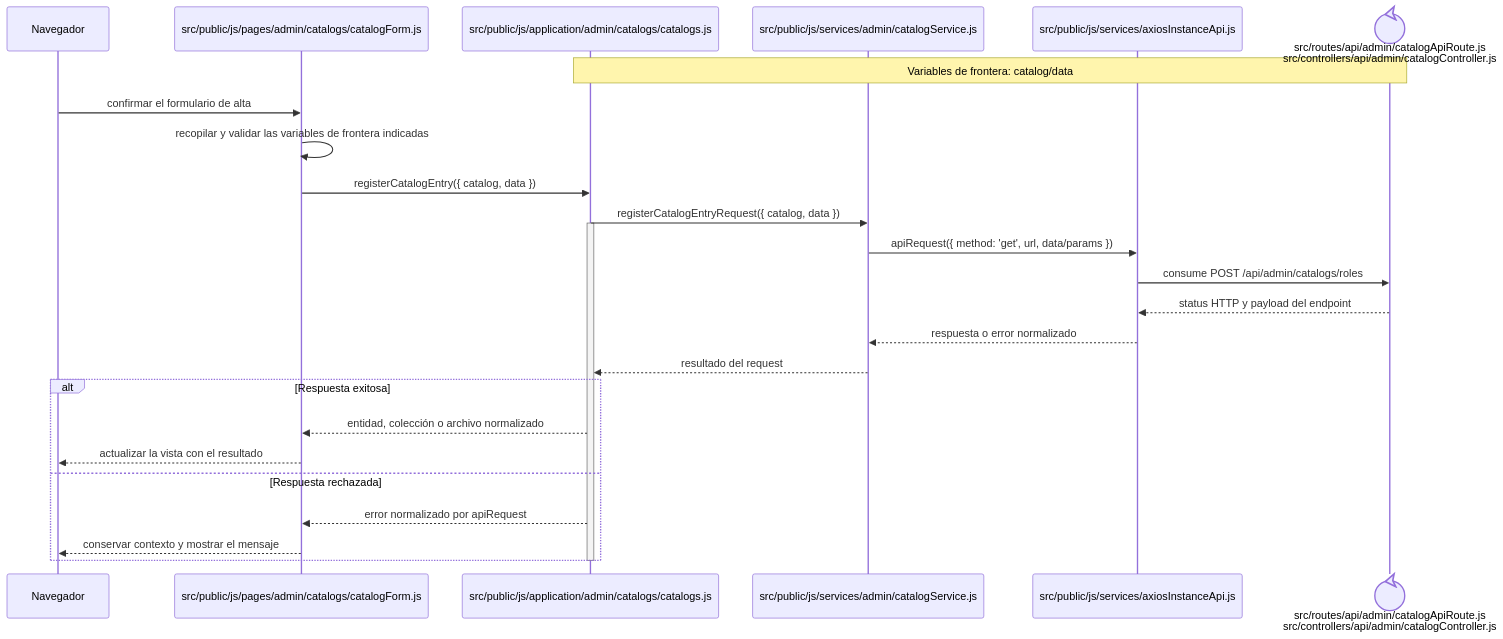
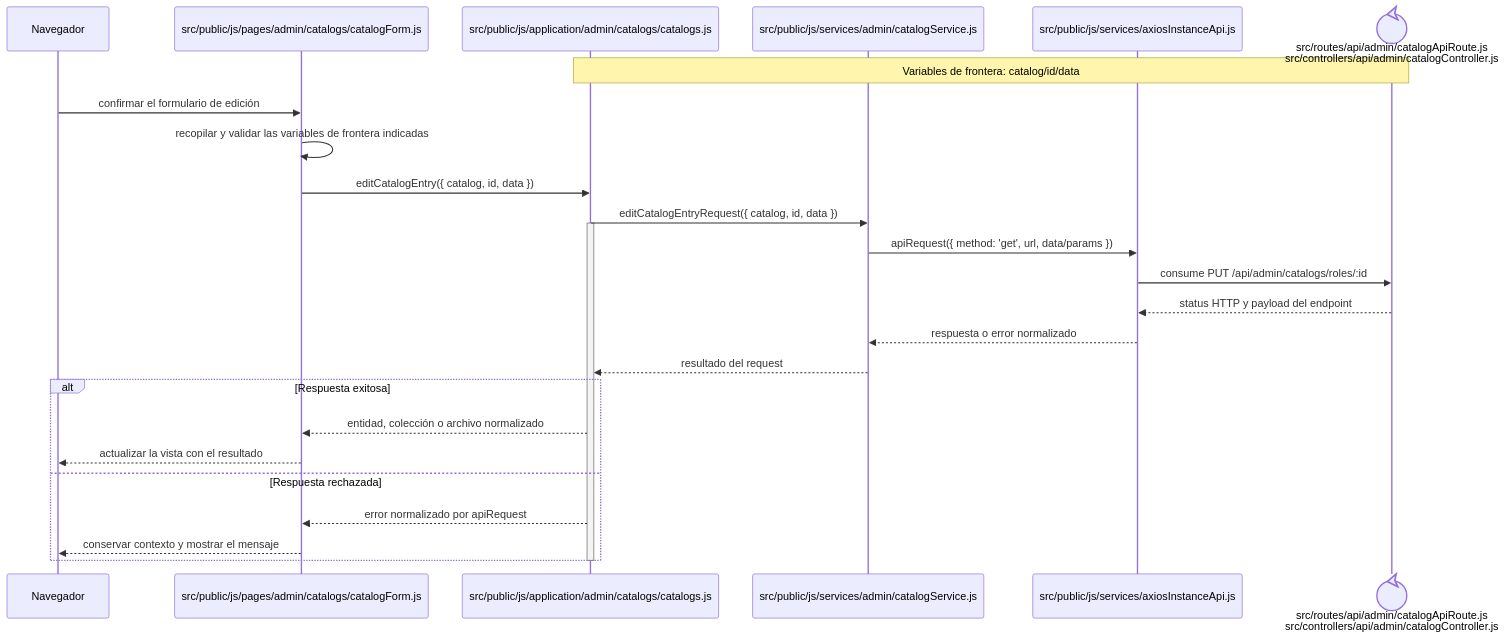
One commit to gpgsistemas01/nexus changed the diagram in docs/architecture/frontend-code-sequences/catalogs/cu-cat-14.md. Above: the diagram before and after it, drawn with Mermaid. The commit also changed other lines of this file and 167 other files, not shown here.

````diff
--- a/docs/architecture/frontend-code-sequences/catalogs/cu-cat-14.md
+++ b/docs/architecture/frontend-code-sequences/catalogs/cu-cat-14.md
@@ -6,29 +6,29 @@
 ```mermaid
 sequenceDiagram
     participant Browser as Navegador
     participant View as src/public/js/pages/admin/catalogs/catalogForm.js
     participant Application as src/public/js/application/admin/catalogs/catalogs.js
     participant Request as src/public/js/services/admin/catalogService.js
     participant HTTP as src/public/js/services/axiosInstanceApi.js
     participant Transport@{ "type": "control" } as src/routes/api/admin/catalogApiRoute.js<br/>src/controllers/api/admin/catalogController.js
-    Note over Application,Transport: Variables de frontera: catalog/data
+    Note over Application,Transport: Variables de frontera: catalog/id/data
 
-    Browser->>View: confirmar el formulario de alta
+    Browser->>View: confirmar el formulario de edición
     View->>View: recopilar y validar las variables de frontera indicadas
-    View->>Application: registerCatalogEntry({ catalog, data })
-    Application->>Request: registerCatalogEntryRequest({ catalog, data })
+    View->>Application: editCatalogEntry({ catalog, id, data })
+    Application->>Request: editCatalogEntryRequest({ catalog, id, data })
     activate Application
     Request->>HTTP: apiRequest({ method: 'get', url, data/params })
-    HTTP->>Transport: consume POST /api/admin/catalogs/roles
+    HTTP->>Transport: consume PUT /api/admin/catalogs/roles/:id
     Transport-->>HTTP: status HTTP y payload del endpoint
     HTTP-->>Request: respuesta o error normalizado
     Request-->>Application: resultado del request
     alt Respuesta exitosa
         Application-->>View: entidad, colección o archivo normalizado
         View-->>Browser: actualizar la vista con el resultado
     else Respuesta rechazada
         Application-->>View: error normalizado por apiRequest
         View-->>Browser: conservar contexto y mostrar el mensaje
     end
     deactivate Application
 ```
````
